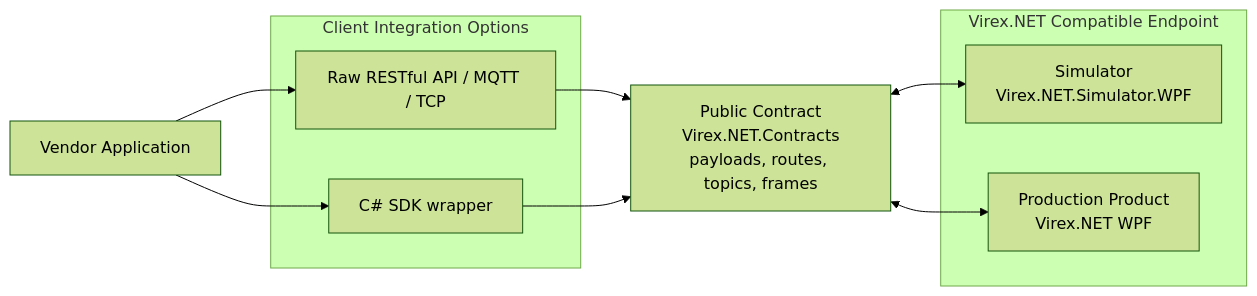
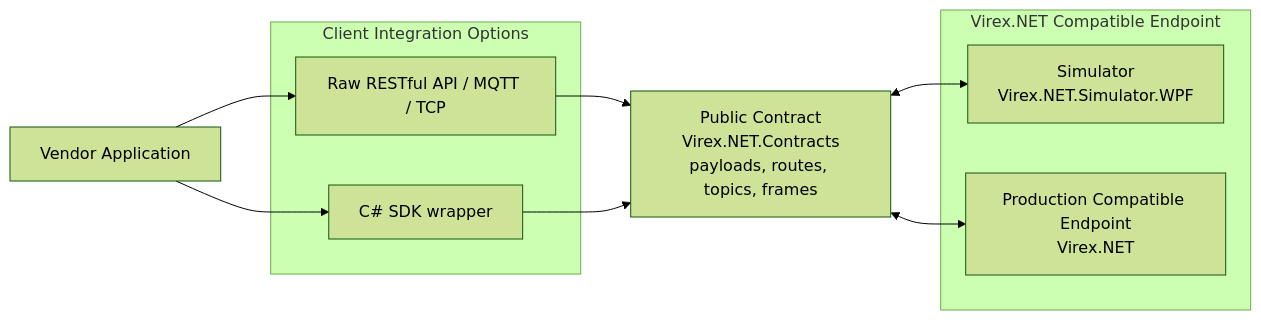
Before and after one commit to vstechnology-tw/vst-virex.net.integration: the diagram in docs/integration-model.md, drawn with Mermaid (forest theme). The commit also changed other lines of this file and 53 other files, not shown here.

````diff
--- a/docs/integration-model.md
+++ b/docs/integration-model.md
@@ -7,23 +7,23 @@
 ```mermaid
 flowchart LR
     Vendor["Vendor Application"]
 
     subgraph ClientSide["Client Integration Options"]
         Raw["Raw RESTful API / MQTT / TCP"]
         Sdk["C# SDK wrapper"]
     end
 
     Contract["Public Contract\nVirex.NET.Contracts\npayloads, routes, topics, frames"]
 
     subgraph CompatibleEndpoint["Virex.NET Compatible Endpoint"]
         Simulator["Simulator\nVirex.NET.Simulator.WPF"]
-        Production["Production Product\nVirex.NET WPF"]
+        Production["Production Compatible Endpoint\nVirex.NET"]
     end
 
     Vendor --> Raw
     Vendor --> Sdk
     Raw --> Contract
     Sdk --> Contract
     Contract <--> Simulator
     Contract <--> Production
 ```
````
